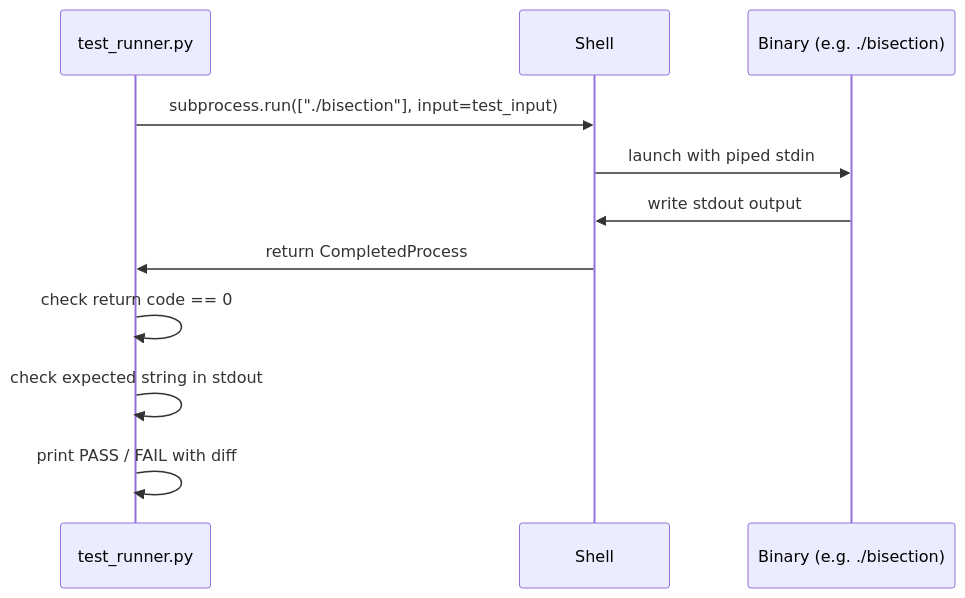
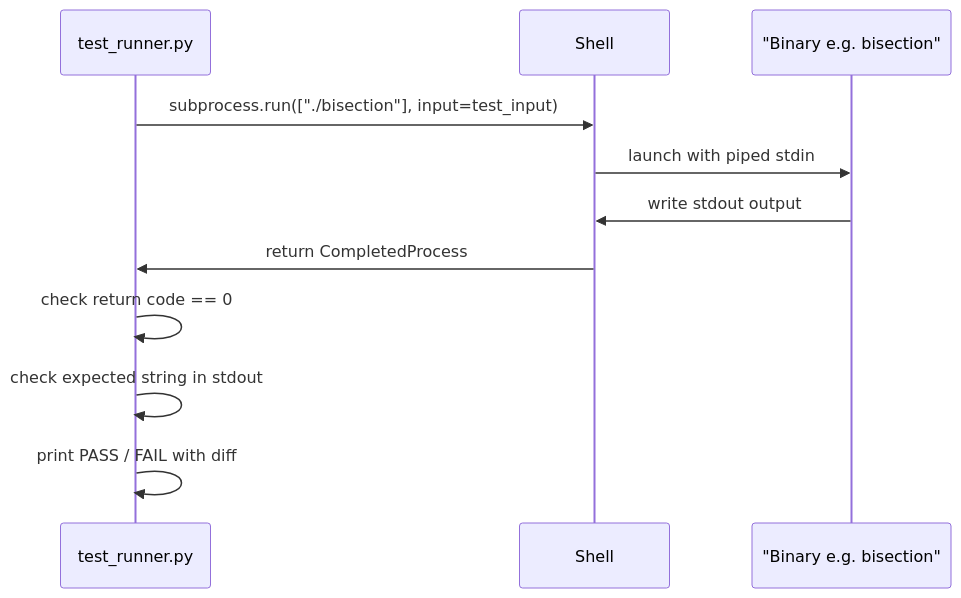
The fourth of 5 diagrams in README.md (sr-857/Numerical-Methods), drawn with Mermaid before and after one commit. The commit also changed other lines of this file, not shown here.

````diff
--- a/README.md
+++ b/README.md
@@ -986,14 +986,14 @@
 ```mermaid
 sequenceDiagram
     participant TR as test_runner.py
     participant SH as Shell
-    participant BIN as Binary (e.g. ./bisection)
+    participant BIN as "Binary e.g. bisection"
 
     TR->>SH: subprocess.run(["./bisection"], input=test_input)
     SH->>BIN: launch with piped stdin
     BIN->>SH: write stdout output
     SH->>TR: return CompletedProcess
     TR->>TR: check return code == 0
     TR->>TR: check expected string in stdout
     TR->>TR: print PASS / FAIL with diff
 ```
````
